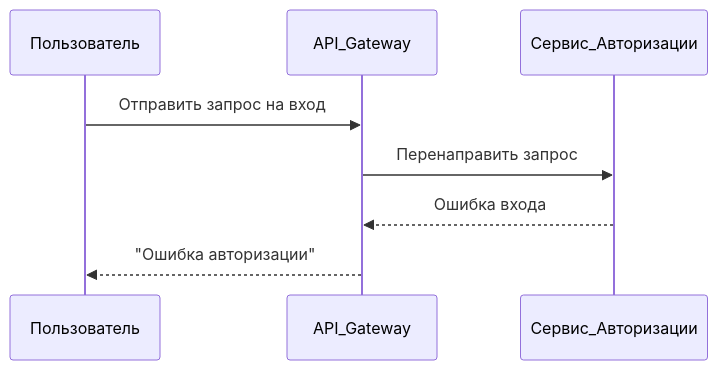
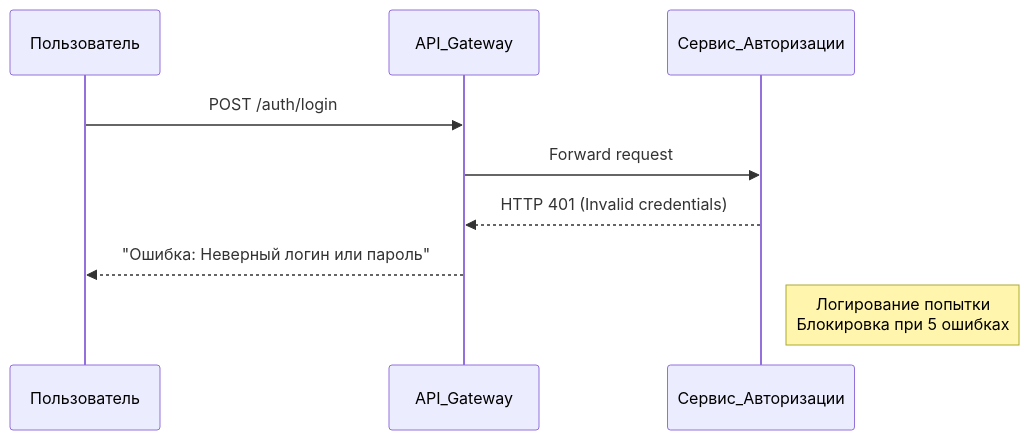
One commit to andreyantropov/architect-coursework changed the first of 8 diagrams in architecture/critical-business-processes.md. Above: the diagram before and after it, drawn with Mermaid. The commit also changed other lines of this file, not shown here.

````diff
--- a/architecture/critical-business-processes.md
+++ b/architecture/critical-business-processes.md
@@ -4,11 +4,12 @@
 ```mermaid
 sequenceDiagram
     participant Пользователь
     participant API_Gateway
     participant Сервис_Авторизации
     
-    Пользователь->>API_Gateway: Отправить запрос на вход
-    API_Gateway->>Сервис_Авторизации: Перенаправить запрос
-    Сервис_Авторизации-->>API_Gateway: Ошибка входа
-    API_Gateway-->>Пользователь: "Ошибка авторизации"
+    Пользователь->>API_Gateway: POST /auth/login
+    API_Gateway->>Сервис_Авторизации: Forward request
+    Сервис_Авторизации-->>API_Gateway: HTTP 401 (Invalid credentials)
+    API_Gateway-->>Пользователь: "Ошибка: Неверный логин или пароль"
+    note right of Сервис_Авторизации: Логирование попытки<br>Блокировка при 5 ошибках
 ```
````
